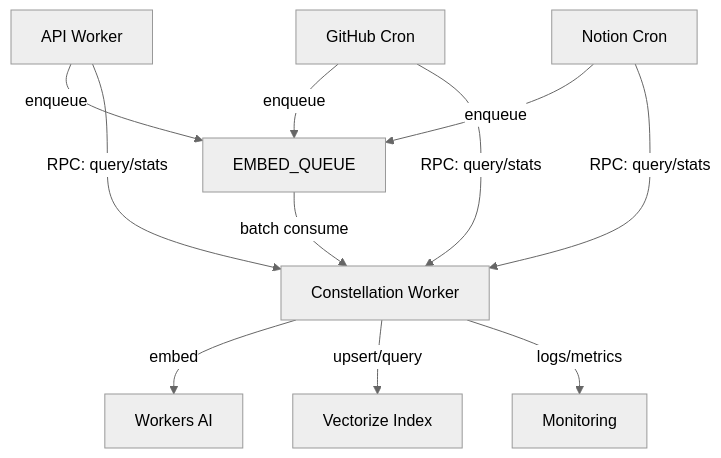
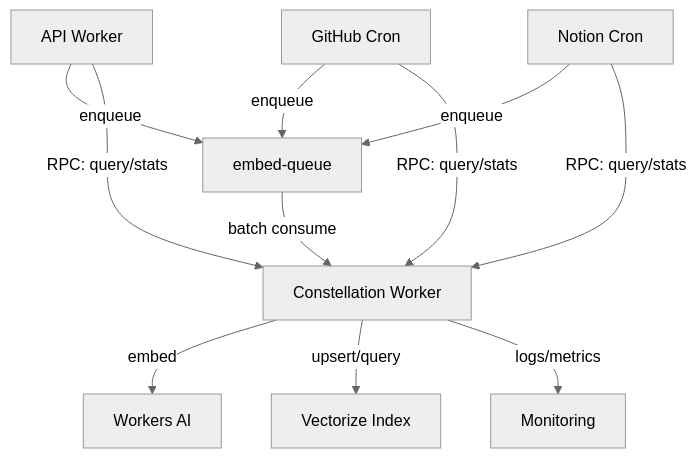
One commit to marktoda/dome changed the diagram in constellation-implementation-plan.md. Above: the diagram before and after it, drawn with Mermaid (neutral theme). The commit also changed other lines of this file and 9 other files, not shown here.

````diff
--- a/constellation-implementation-plan.md
+++ b/constellation-implementation-plan.md
@@ -17,17 +17,17 @@
 ```mermaid
 graph TD
-    A[API Worker] -->|enqueue| B[EMBED_QUEUE]
+    A[API Worker] -->|enqueue| B[embed-queue]
     C[GitHub Cron] -->|enqueue| B
     D[Notion Cron] -->|enqueue| B
 
     A -->|RPC: query/stats| E[Constellation Worker]
     C -->|RPC: query/stats| E
     D -->|RPC: query/stats| E
 
     B -->|batch consume| E
 
     E -->|embed| F[Workers AI]
     E -->|upsert/query| G[Vectorize Index]
 
     E -->|logs/metrics| H[Monitoring]
 ```
````
